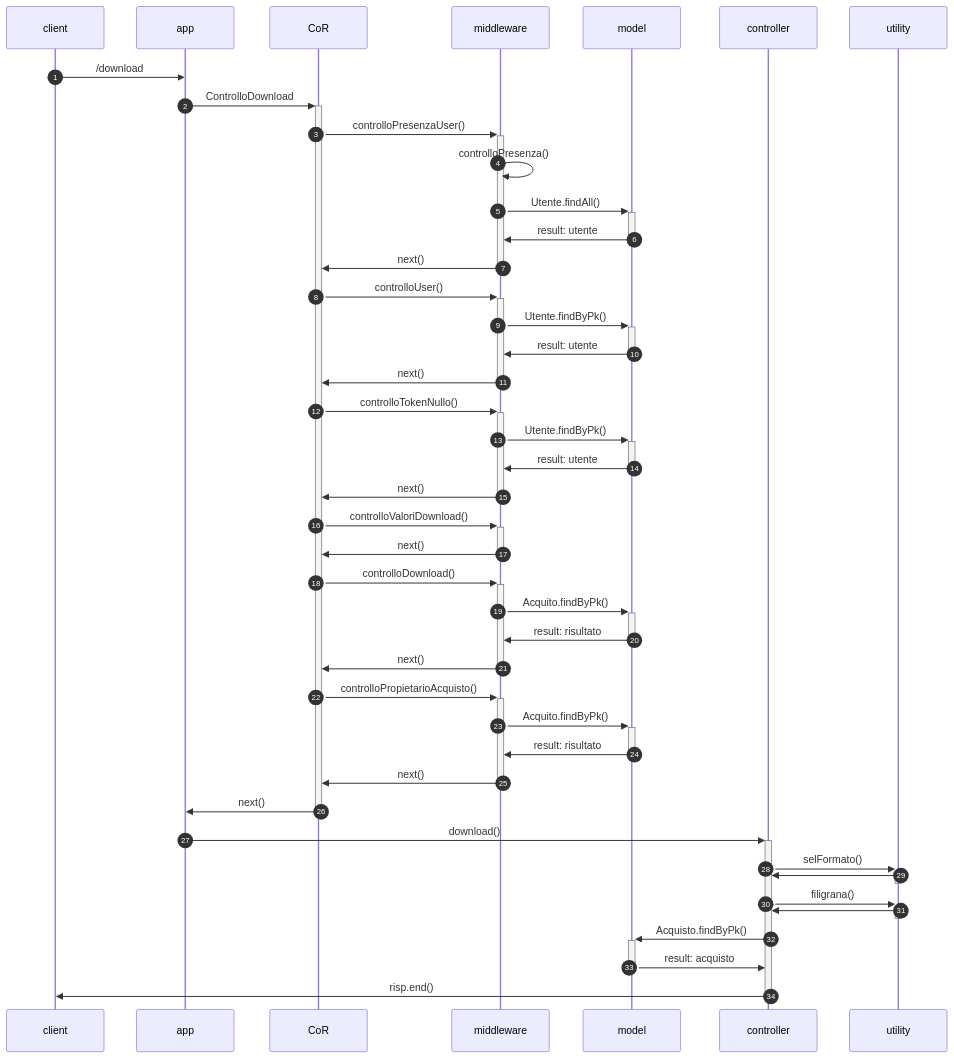
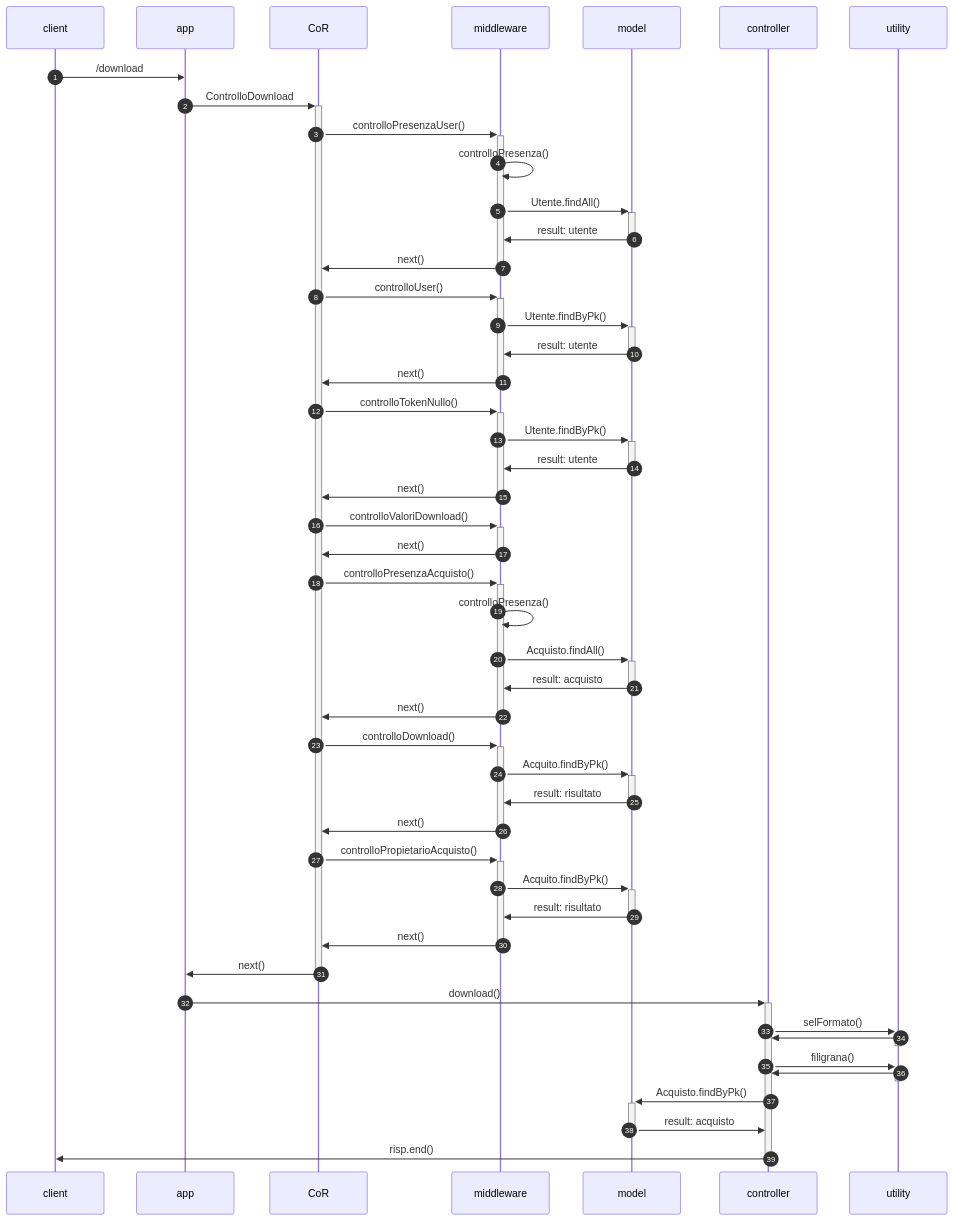
One commit to MargheritaGaleazzi/AcquistoBeniStorici-Progetto-PA changed the fifth of 12 diagrams in README.md. Above: the diagram before and after it, drawn with Mermaid. The commit also changed other lines of this file, not shown here.

````diff
--- a/README.md
+++ b/README.md
@@ -371,38 +373,43 @@
 ```mermaid
 sequenceDiagram
 autonumber
 client ->> app: /download
 app ->>+ CoR: ControlloDownload
 CoR ->>+ middleware: controlloPresenzaUser()
 middleware ->> middleware: controlloPresenza()
 middleware ->>+ model: Utente.findAll()
 model ->>- middleware: result: utente
 middleware ->>- CoR:  next()
 CoR ->>+ middleware: controlloUser()
 middleware ->>+ model: Utente.findByPk()
 model ->>- middleware: result: utente
 middleware ->>- CoR:  next()
 CoR ->>+ middleware: controlloTokenNullo()
 middleware ->>+ model: Utente.findByPk()
 model ->>- middleware: result: utente
 middleware ->>- CoR:  next()
 CoR ->>+ middleware: controlloValoriDownload()
 middleware ->>- CoR:  next()
+CoR ->>+ middleware: controlloPresenzaAcquisto()
+middleware ->> middleware: controlloPresenza()
+middleware ->>+ model: Acquisto.findAll()
+model ->>- middleware: result: acquisto
+middleware ->>- CoR:  next()
 CoR ->>+ middleware: controlloDownload()
 middleware ->>+ model: Acquito.findByPk()
 model ->>- middleware: result: risultato
 middleware ->>- CoR:  next()
 CoR ->>+ middleware: controlloPropietarioAcquisto()
 middleware ->>+ model: Acquito.findByPk()
 model ->>- middleware: result: risultato
 middleware ->>- CoR:  next()
 CoR ->>- app : next()
 app ->>+ controller: download()
 controller ->>+ utility: selFormato()
 utility ->>- controller: 
 controller ->>+ utility: filigrana()
 utility ->>- controller: 
 controller ->>+ model : Acquisto.findByPk()
 model ->>- controller : result: acquisto
 controller ->>- client:  risp.end()
 ```
````
